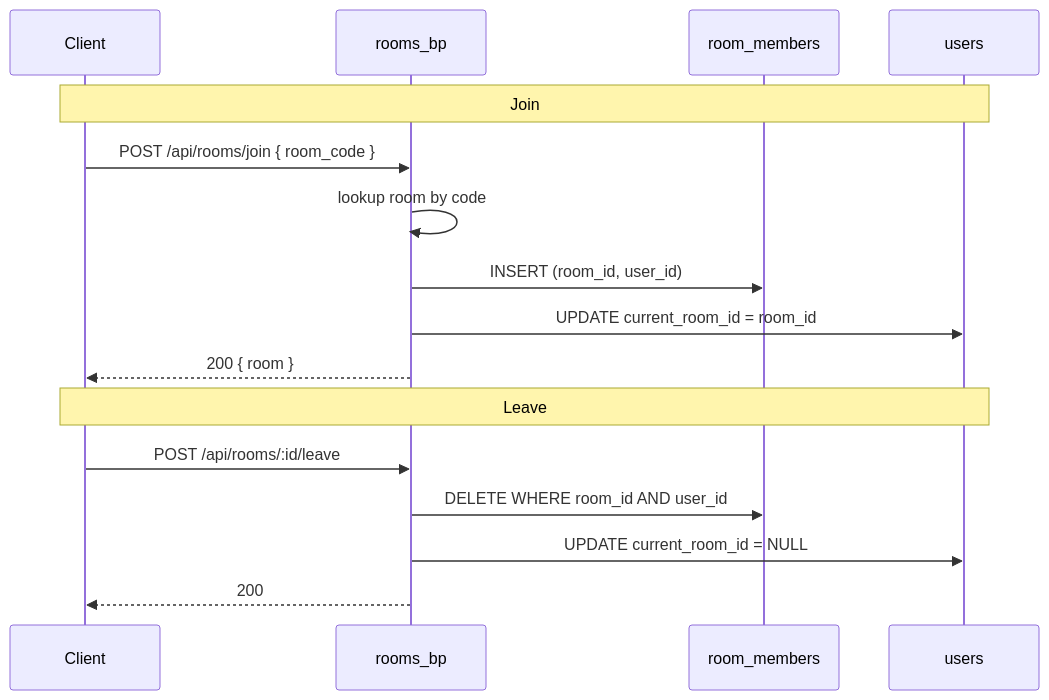
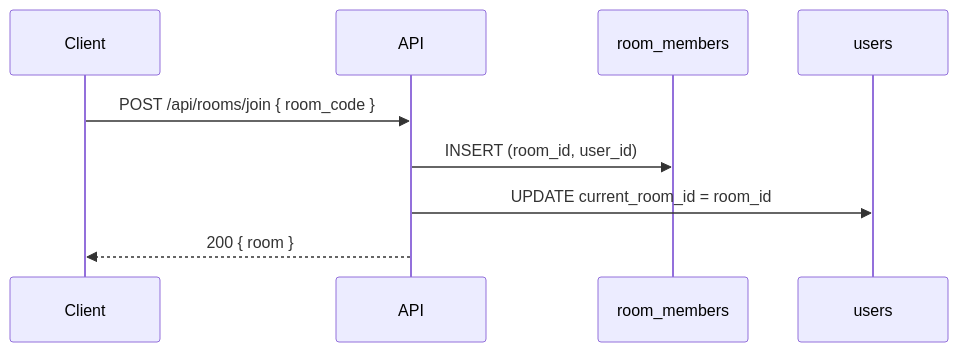
Before and after one commit to aaryavlal/frontend: the third of 8 diagrams in hacks/Final_project/Transactional.md, drawn with Mermaid. The commit also changed other lines of this file, not shown here.

````diff
--- a/hacks/Final_project/Transactional.md
+++ b/hacks/Final_project/Transactional.md
@@ -99,20 +100,12 @@
 ```mermaid
 sequenceDiagram
     participant Client
-    participant rooms_bp
+    participant API
     participant room_members
     participant users
 
-    Note over Client,users: Join
-    Client->>rooms_bp: POST /api/rooms/join { room_code }
-    rooms_bp->>rooms_bp: lookup room by code
-    rooms_bp->>room_members: INSERT (room_id, user_id)
-    rooms_bp->>users: UPDATE current_room_id = room_id
-    rooms_bp-->>Client: 200 { room }
-
-    Note over Client,users: Leave
-    Client->>rooms_bp: POST /api/rooms/:id/leave
-    rooms_bp->>room_members: DELETE WHERE room_id AND user_id
-    rooms_bp->>users: UPDATE current_room_id = NULL
-    rooms_bp-->>Client: 200
+    Client->>API: POST /api/rooms/join { room_code }
+    API->>room_members: INSERT (room_id, user_id)
+    API->>users: UPDATE current_room_id = room_id
+    API-->>Client: 200 { room }
 ```
````
